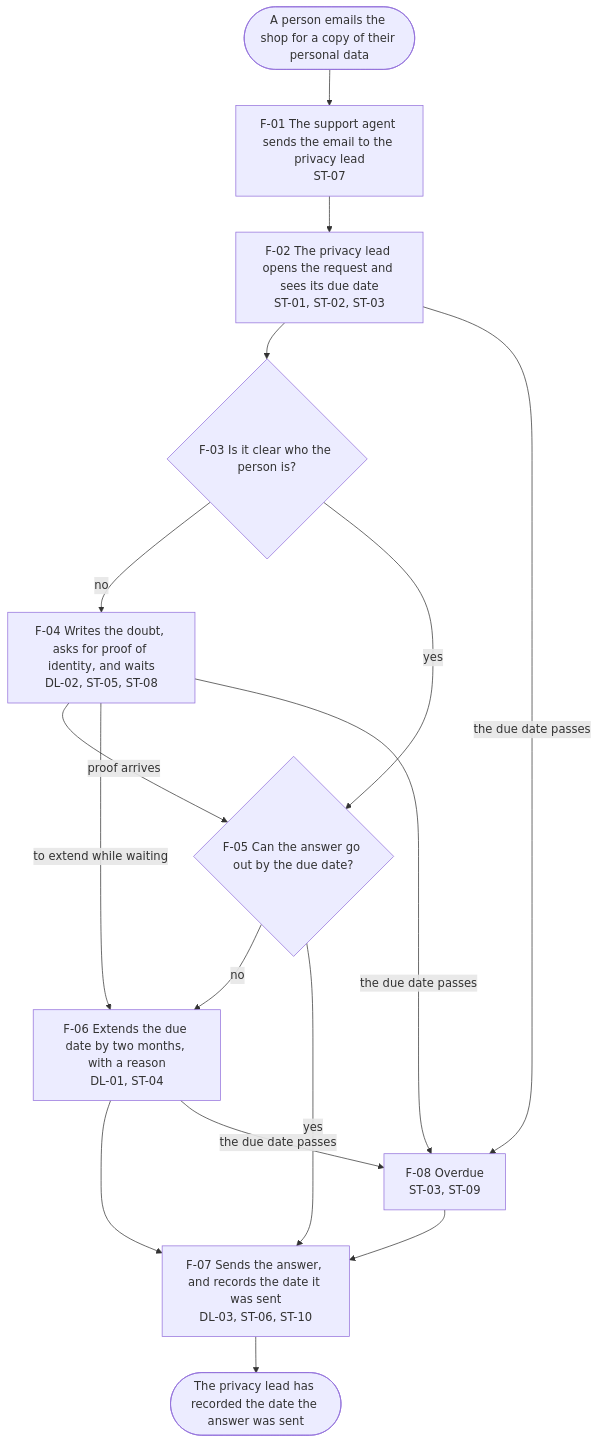
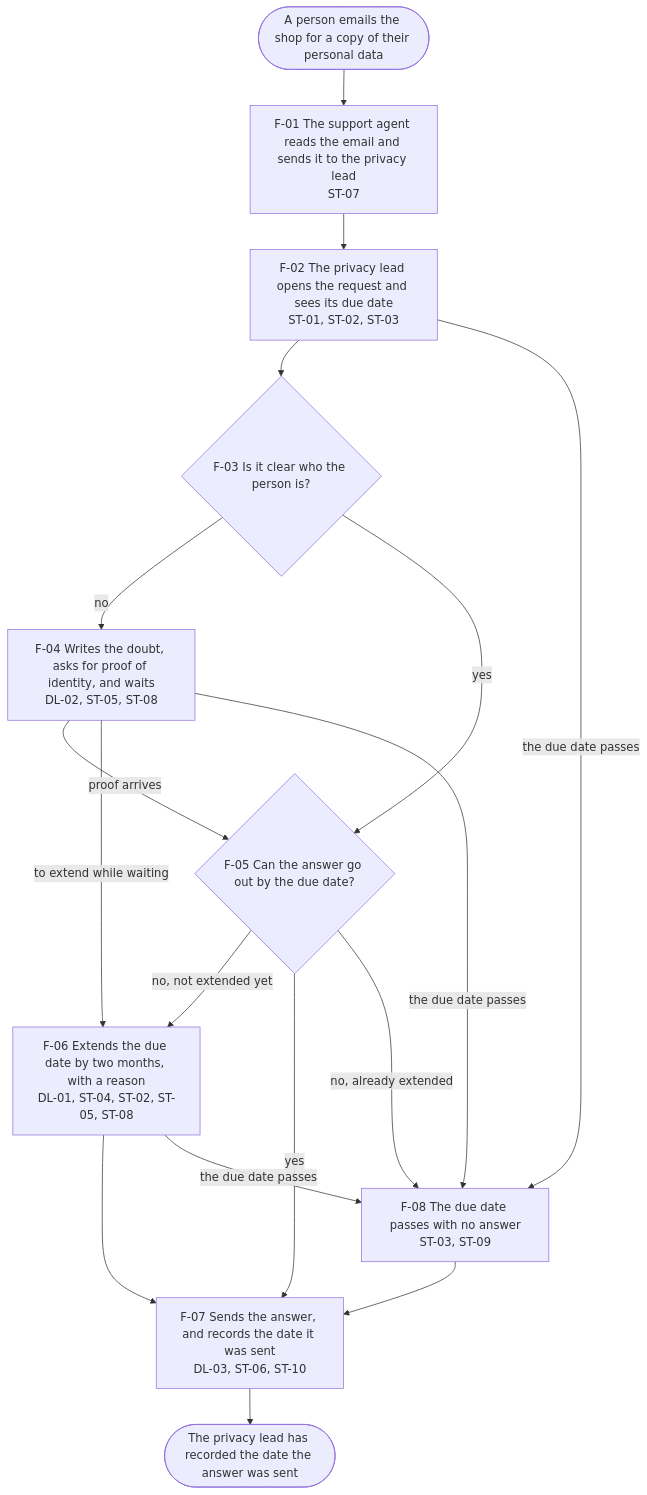
The diagram in README.md (nayyymarques-eng/agentic-product-spec), drawn with Mermaid before and after one commit. The commit also changed other lines of this file and 3 other files, not shown here.

````diff
--- a/README.md
+++ b/README.md
@@ -57,17 +57,18 @@
 ```mermaid
 flowchart TD
   T(["A person emails the shop for a copy of their personal data"])
-  T --> F01["F-01 The support agent sends the email to the privacy lead<br/>ST-07"]
+  T --> F01["F-01 The support agent reads the email and sends it to the privacy lead<br/>ST-07"]
   F01 --> F02["F-02 The privacy lead opens the request and sees its due date<br/>ST-01, ST-02, ST-03"]
   F02 --> F03{"F-03 Is it clear who the person is?"}
   F03 -- "no" --> F04["F-04 Writes the doubt, asks for proof of identity, and waits<br/>DL-02, ST-05, ST-08"]
   F03 -- "yes" --> F05{"F-05 Can the answer go out by the due date?"}
   F04 -- "proof arrives" --> F05
   F04 -- "to extend while waiting" --> F06
-  F05 -- "no" --> F06["F-06 Extends the due date by two months, with a reason<br/>DL-01, ST-04"]
+  F05 -- "no, not extended yet" --> F06["F-06 Extends the due date by two months, with a reason<br/>DL-01, ST-04, ST-02, ST-05, ST-08"]
   F05 -- "yes" --> F07["F-07 Sends the answer, and records the date it was sent<br/>DL-03, ST-06, ST-10"]
   F06 --> F07
-  F02 & F04 & F06 -- "the due date passes" --> F08["F-08 Overdue<br/>ST-03, ST-09"]
+  F02 & F04 & F06 -- "the due date passes" --> F08["F-08 The due date passes with no answer<br/>ST-03, ST-09"]
+  F05 -- "no, already extended" --> F08
   F08 --> F07
   F07 --> E(["The privacy lead has recorded the date the answer was sent"])
 ```
````
